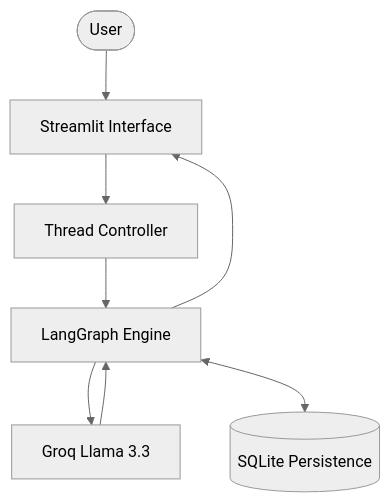
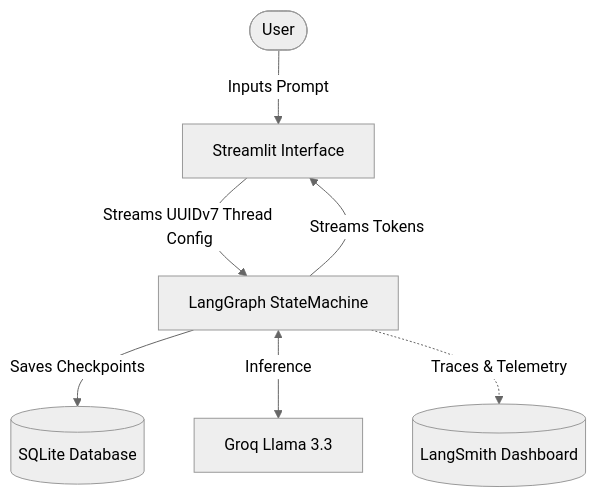
Before and after one commit to Zahir-Ahmad9897/Intelligence-Chatbot-LangGraph: the diagram in README.md, drawn with Mermaid (neutral theme). The commit also changed other lines of this file and 6 other files, not shown here.

Commit message:
Refactored repository: organized historical versions, renamed production files to app.py/backend.py, implemented LangSmith UUIDv7 threading, and updated README.

````diff
--- a/README.md
+++ b/README.md
@@ -41,10 +28,9 @@
 ```mermaid
 graph TD
-    User([User]) --> UI[Streamlit Interface]
-    UI --> Controller[Thread Controller]
-    Controller --> Graph[LangGraph Engine]
-    Graph --> LLM[Groq Llama 3.3]
-    Graph <--> DB[(SQLite Persistence)]
-    LLM --> Graph
-    Graph --> UI
+    User([User]) -->|Inputs Prompt| UI[Streamlit Interface]
+    UI -->|Streams UUIDv7 Thread Config| Orchestrator[LangGraph StateMachine]
+    Orchestrator -->|Saves Checkpoints| DB[(SQLite Database)]
+    Orchestrator <-->|Inference| LLM[Groq Llama 3.3]
+    Orchestrator -.->|Traces & Telemetry| LangSmith[(LangSmith Dashboard)]
+    Orchestrator -->|Streams Tokens| UI
 ```
````
